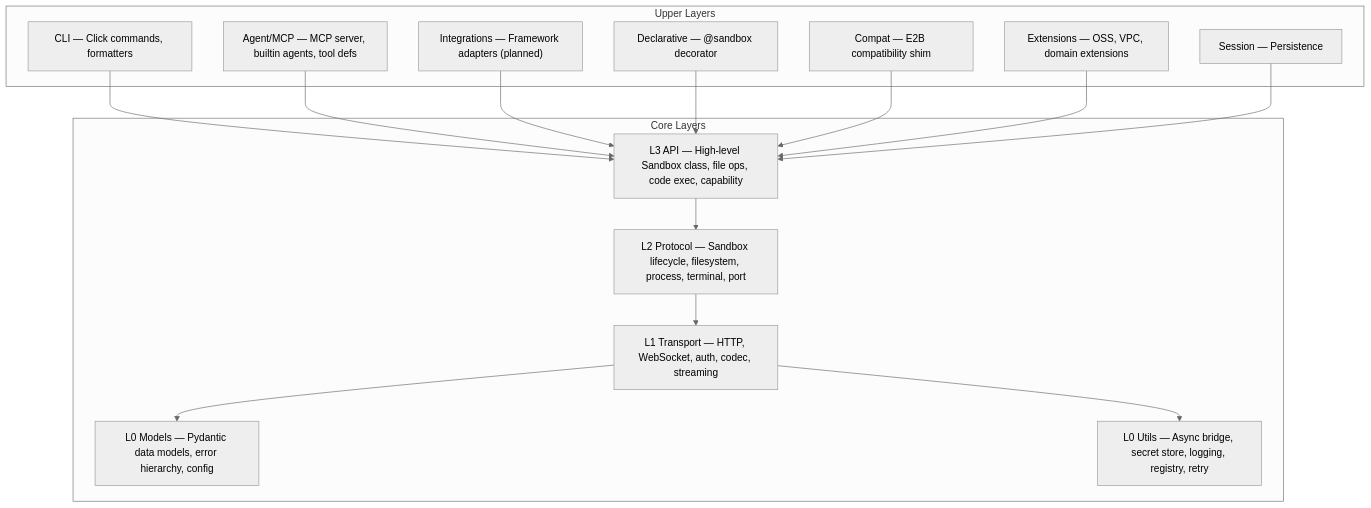
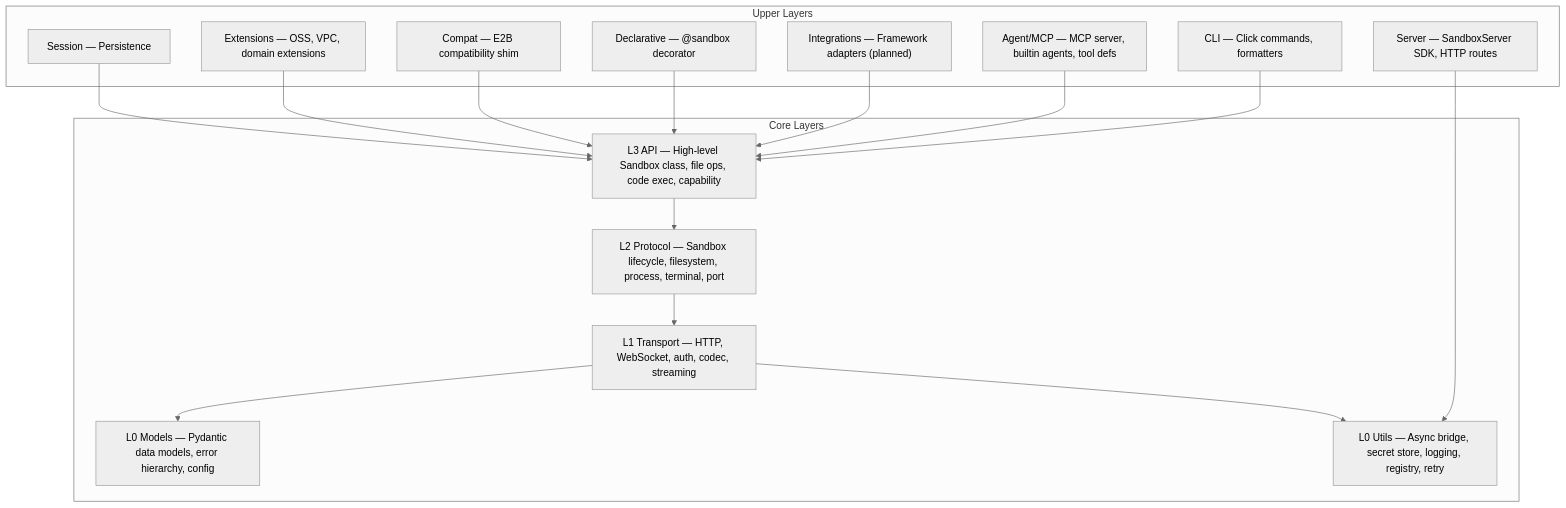
One commit to Easy-Sandbox/easy-sandbox changed the diagram in AGENTS.md. Above: the diagram before and after it, drawn with Mermaid (neutral theme). The commit also changed other lines of this file and 338 other files, not shown here.

````diff
--- a/AGENTS.md
+++ b/AGENTS.md
@@ -66,30 +72,32 @@
 ```mermaid
 graph TB
     subgraph Upper["Upper Layers"]
         CLI["CLI — Click commands, formatters"]
         Agent["Agent/MCP — MCP server, builtin agents, tool defs"]
         Integ["Integrations — Framework adapters (planned)"]
         Decl["Declarative — @sandbox decorator"]
         Compat["Compat — E2B compatibility shim"]
         Ext["Extensions — OSS, VPC, domain extensions"]
+        Server["Server — SandboxServer SDK, HTTP routes"]
         Sess["Session — Persistence"]
     end
     subgraph Core["Core Layers"]
         L3["L3 API — High-level Sandbox class, file ops, code exec, capability"]
         L2["L2 Protocol — Sandbox lifecycle, filesystem, process, terminal, port"]
         L1["L1 Transport — HTTP, WebSocket, auth, codec, streaming"]
         L0M["L0 Models — Pydantic data models, error hierarchy, config"]
         L0U["L0 Utils — Async bridge, secret store, logging, registry, retry"]
     end
 
     CLI --> L3
     Agent --> L3
     Integ --> L3
     Decl --> L3
     Compat --> L3
     Ext --> L3
+    Server --> L0U
     Sess --> L3
     L3 --> L2 --> L1
     L1 --> L0M
     L1 --> L0U
 ```
````
